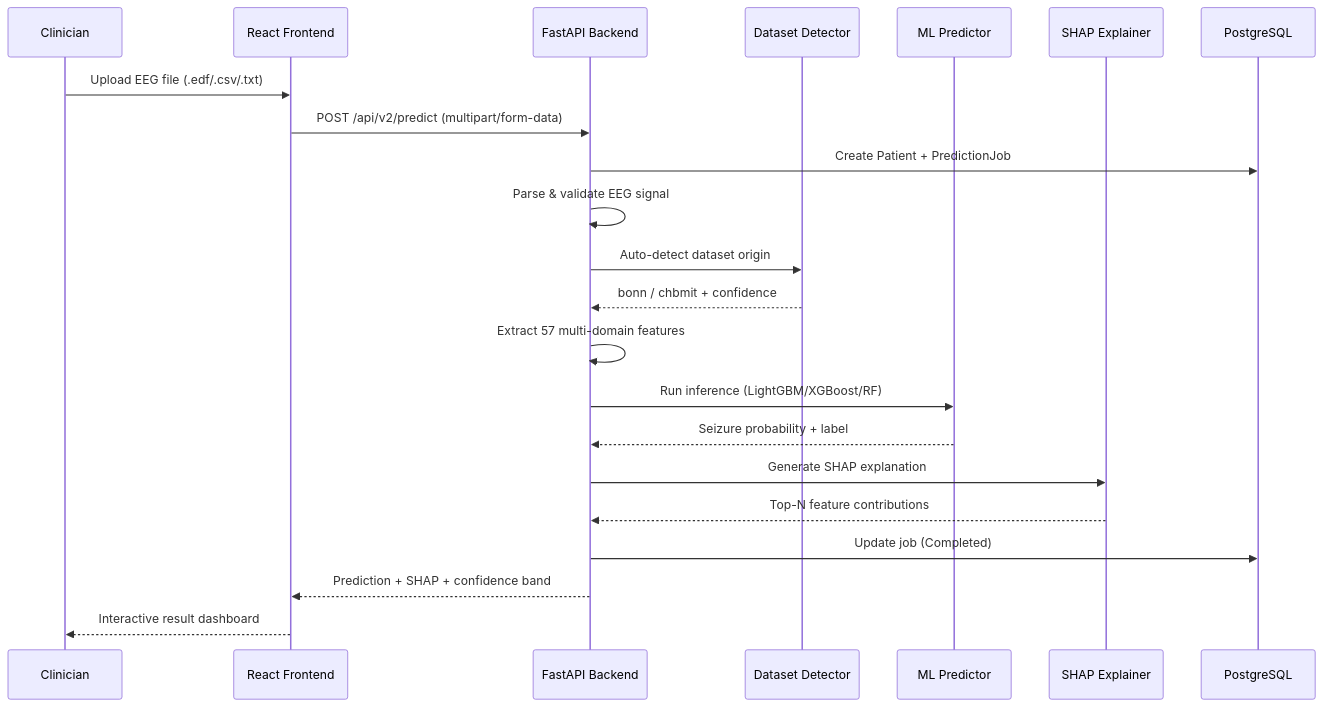
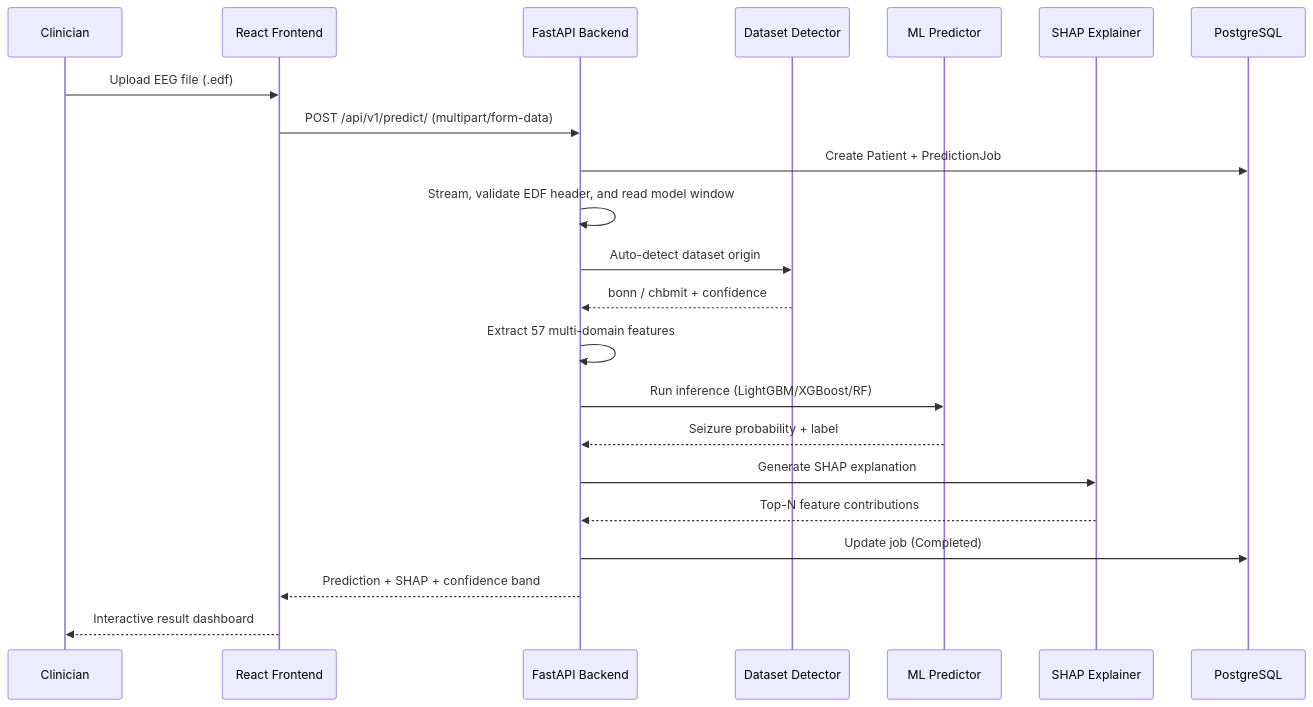
The first of 2 diagrams in README.md (Bhumi-2303/NeuroAegis), drawn with Mermaid before and after one commit. The commit also changed other lines of this file and 43 other files, not shown here.

````diff
--- a/README.md
+++ b/README.md
@@ -137,25 +137,25 @@
 ```mermaid
 sequenceDiagram
     participant U as Clinician
     participant W as React Frontend
     participant A as FastAPI Backend
     participant D as Dataset Detector
     participant M as ML Predictor
     participant S as SHAP Explainer
     participant DB as PostgreSQL
 
-    U->>W: Upload EEG file (.edf/.csv/.txt)
-    W->>A: POST /api/v2/predict (multipart/form-data)
+    U->>W: Upload EEG file (.edf)
+    W->>A: POST /api/v1/predict/ (multipart/form-data)
     A->>DB: Create Patient + PredictionJob
-    A->>A: Parse & validate EEG signal
+    A->>A: Stream, validate EDF header, and read model window
     A->>D: Auto-detect dataset origin
     D-->>A: bonn / chbmit + confidence
     A->>A: Extract 57 multi-domain features
     A->>M: Run inference (LightGBM/XGBoost/RF)
     M-->>A: Seizure probability + label
     A->>S: Generate SHAP explanation
     S-->>A: Top-N feature contributions
     A->>DB: Update job (Completed)
     A-->>W: Prediction + SHAP + confidence band
     W-->>U: Interactive result dashboard
 ```
````
